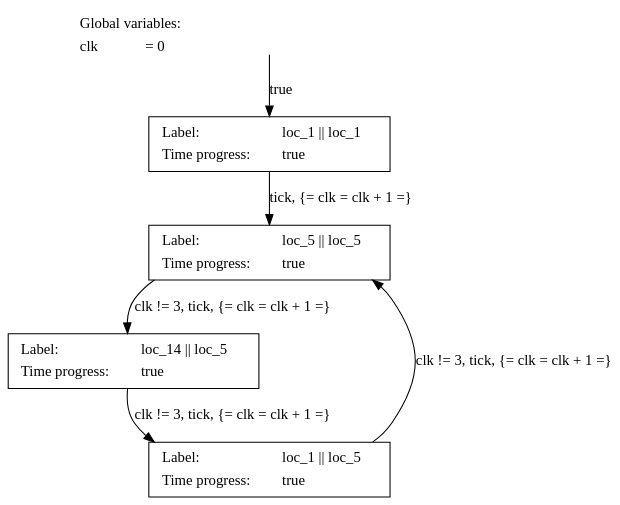
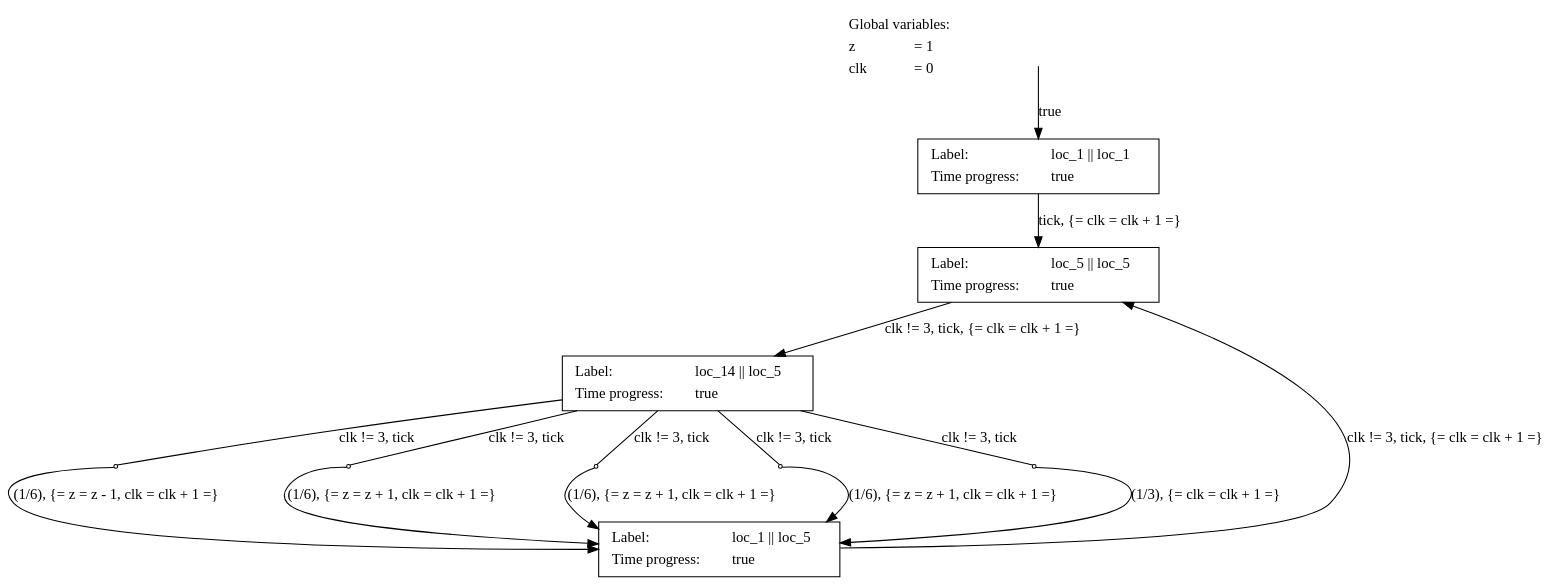
One commit to torger9/AutomatedProbabilisticChoiceAbstraction changed the diagram in runs/src_old/toy2_test/toy2_test.dot. Above: the diagram before and after it, drawn with Graphviz. The commit also changed 59 other files, not shown here.

```diff
--- a/runs/src_old/toy2_test/toy2_test.dot
+++ b/runs/src_old/toy2_test/toy2_test.dot
@@ -1,17 +1,31 @@
 digraph G {
 	rankdir = TB;
 	bgcolor = transparent;
 	node [style = filled, fillcolor = white];
-__global_vars__ [shape=plaintext, fillcolor="transparent", label=<<table border="0"><tr><td align="left" valign="top" colspan="2">Global variables:</td></tr><tr><td align="left" valign="top">clk</td><td align="left" valign="top" balign="left">= 0</td></tr></table>>];
+__global_vars__ [shape=plaintext, fillcolor="transparent", label=<<table border="0"><tr><td align="left" valign="top" colspan="2">Global variables:</td></tr><tr><td align="left" valign="top">z</td><td align="left" valign="top" balign="left">= 1</td></tr><tr><td align="left" valign="top">clk</td><td align="left" valign="top" balign="left">= 0</td></tr></table>>];
 	0 [shape=box, label=<<table border="0"><tr><td align="left" valign="top">Label:</td><td align="left" valign="top" balign="left">loc_1 || loc_1</td></tr><tr><td align="left" valign="top">Time progress:</td><td align="left" valign="top" balign="left">true</td></tr></table>>];
 	1 [shape=box, label=<<table border="0"><tr><td align="left" valign="top">Label:</td><td align="left" valign="top" balign="left">loc_5 || loc_5</td></tr><tr><td align="left" valign="top">Time progress:</td><td align="left" valign="top" balign="left">true</td></tr></table>>];
 	0 -> 1 [label=<tick, {= clk = clk + 1 =}<br align="left" />>];
 	2 [shape=box, label=<<table border="0"><tr><td align="left" valign="top">Label:</td><td align="left" valign="top" balign="left">loc_14 || loc_5</td></tr><tr><td align="left" valign="top">Time progress:</td><td align="left" valign="top" balign="left">true</td></tr></table>>];
 	1 -> 2 [label=<clk != 3, tick, {= clk = clk + 1 =}<br align="left" />>];
+	i0 [shape=point];
+	2 -> i0 [label=<clk != 3, tick<br align="left" />>, arrowhead=none];
 	3 [shape=box, label=<<table border="0"><tr><td align="left" valign="top">Label:</td><td align="left" valign="top" balign="left">loc_1 || loc_5</td></tr><tr><td align="left" valign="top">Time progress:</td><td align="left" valign="top" balign="left">true</td></tr></table>>];
-	2 -> 3 [label=<clk != 3, tick, {= clk = clk + 1 =}<br align="left" />>];
+	i0 -> 3 [label=<(1/6), {= z = z - 1, clk = clk + 1 =}<br align="left" />>];
 	3 -> 1 [label=<clk != 3, tick, {= clk = clk + 1 =}<br align="left" />>];
+	i1 [shape=point];
+	2 -> i1 [label=<clk != 3, tick<br align="left" />>, arrowhead=none];
+	i1 -> 3 [label=<(1/6), {= z = z + 1, clk = clk + 1 =}<br align="left" />>];
+	i2 [shape=point];
+	2 -> i2 [label=<clk != 3, tick<br align="left" />>, arrowhead=none];
+	i2 -> 3 [label=<(1/6), {= z = z + 1, clk = clk + 1 =}<br align="left" />>];
+	i3 [shape=point];
+	2 -> i3 [label=<clk != 3, tick<br align="left" />>, arrowhead=none];
+	i3 -> 3 [label=<(1/6), {= z = z + 1, clk = clk + 1 =}<br align="left" />>];
+	i4 [shape=point];
+	2 -> i4 [label=<clk != 3, tick<br align="left" />>, arrowhead=none];
+	i4 -> 3 [label=<(1/3), {= clk = clk + 1 =}<br align="left" />>];
 	_____initial4 [shape=none, style=invisible, label=""];
 	_____initial4 -> 0 [label=<true<br align="left" />>];
 
 }
```
